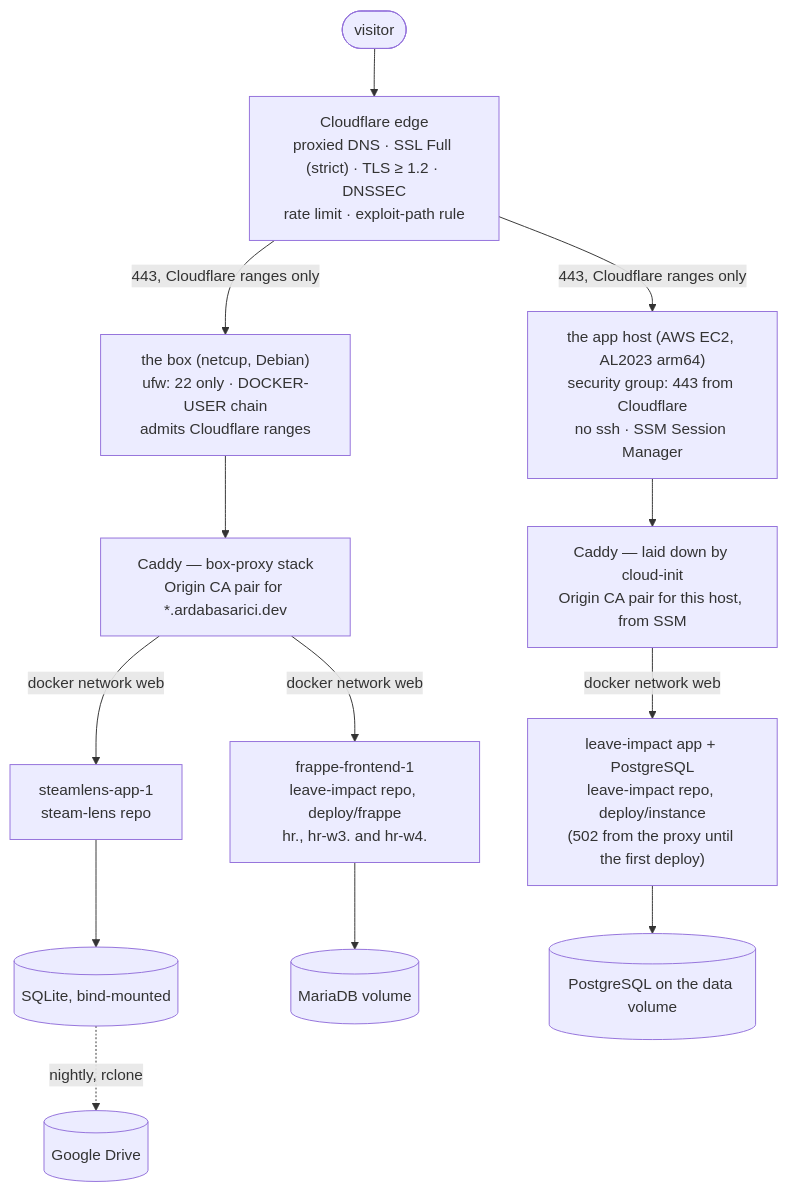
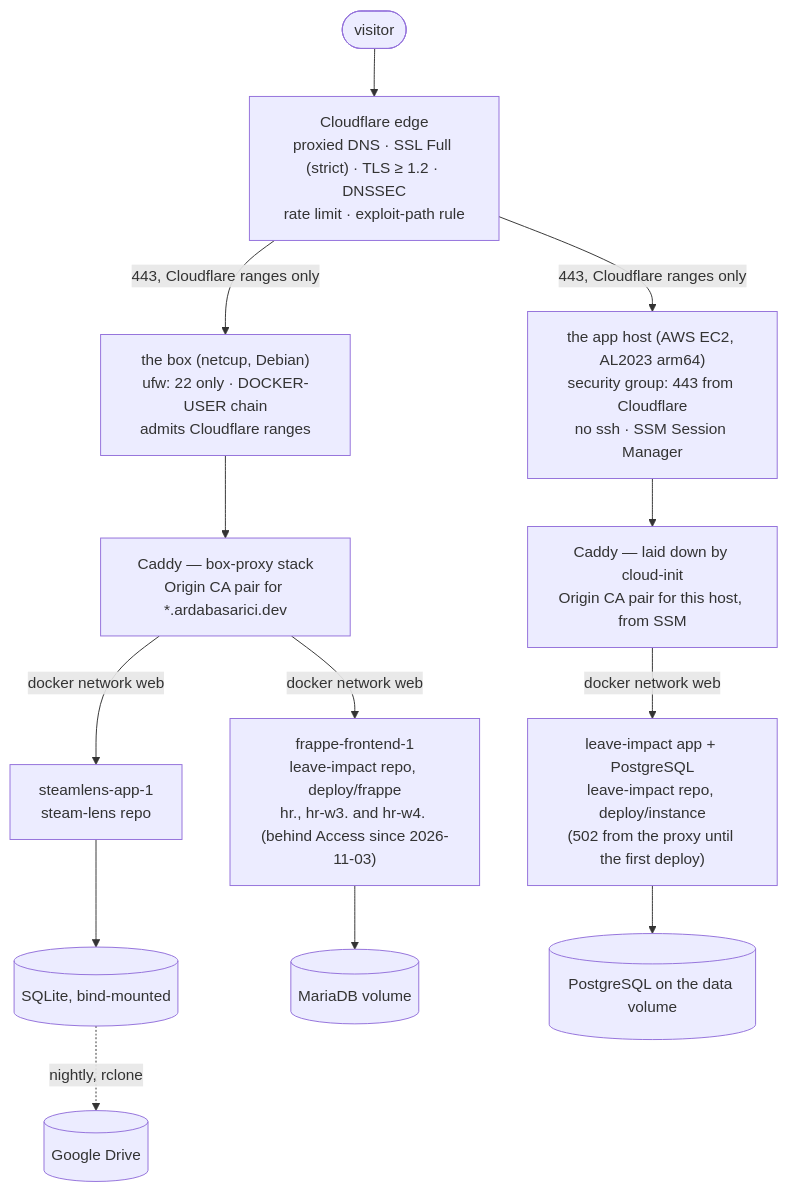
One commit to arda-basarici/platform changed the first of 3 diagrams in ARCHITECTURE.md. Above: the diagram before and after it, drawn with Mermaid. The commit also changed other lines of this file and 2 other files, not shown here.

Commit message:
leave-impact: the Access gate in the records (the contract row and the hostname rows with their destination lines, the twelve parameter names; the absent row of DESIGN moved to shipped, the tunnel sentence kept honest; the stack row, the monitor carve-out and the diagram node of ARCHITECTURE)

````diff
--- a/ARCHITECTURE.md
+++ b/ARCHITECTURE.md
@@ -28,29 +28,29 @@
 ```mermaid
 %%{init: {"flowchart": {"diagramPadding": 150}}}%%
 flowchart TD
     V([visitor]) --> CF["`Cloudflare edge
     proxied DNS · SSL Full (strict) · TLS ≥ 1.2 · DNSSEC
     rate limit · exploit-path rule`"]
     CF -->|"443, Cloudflare ranges only"| FW1["`the box (netcup, Debian)
     ufw: 22 only · DOCKER-USER chain
     admits Cloudflare ranges`"]
     CF -->|"443, Cloudflare ranges only"| FW2["`the app host (AWS EC2, AL2023 arm64)
     security group: 443 from Cloudflare
     no ssh · SSM Session Manager`"]
     FW1 --> C1["`Caddy — box-proxy stack
     Origin CA pair for *.ardabasarici.dev`"]
     FW2 --> C2["`Caddy — laid down by cloud-init
     Origin CA pair for this host, from SSM`"]
     C1 -->|"docker network web"| SL["`steamlens-app-1
     steam-lens repo`"]
     C1 -->|"docker network web"| FR["`frappe-frontend-1
     leave-impact repo, deploy/frappe
-    hr., hr-w3. and hr-w4.`"]
+    hr., hr-w3. and hr-w4. (behind Access since 2026-11-03)`"]
     C2 -->|"docker network web"| LA["`leave-impact app + PostgreSQL
     leave-impact repo, deploy/instance
     (502 from the proxy until the first deploy)`"]
     SL --> SLDB[("SQLite, bind-mounted")]
     FR --> FRDB[("MariaDB volume")]
     LA --> LADB[("PostgreSQL on the data volume")]
     SLDB -.->|"nightly, rclone"| DRIVE[("Google Drive")]
 ```
````
